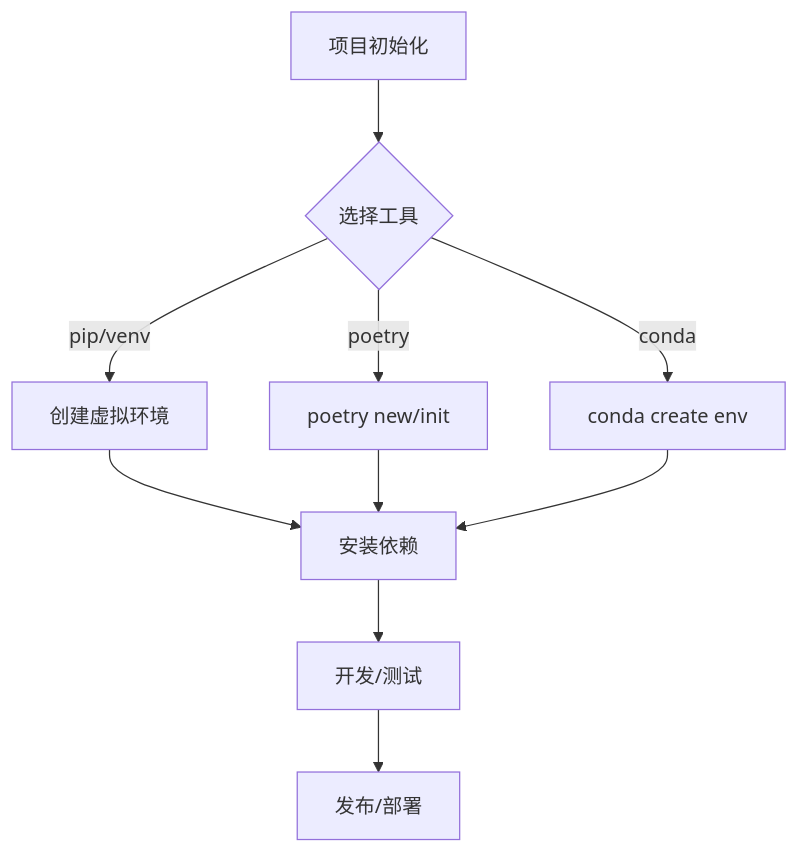
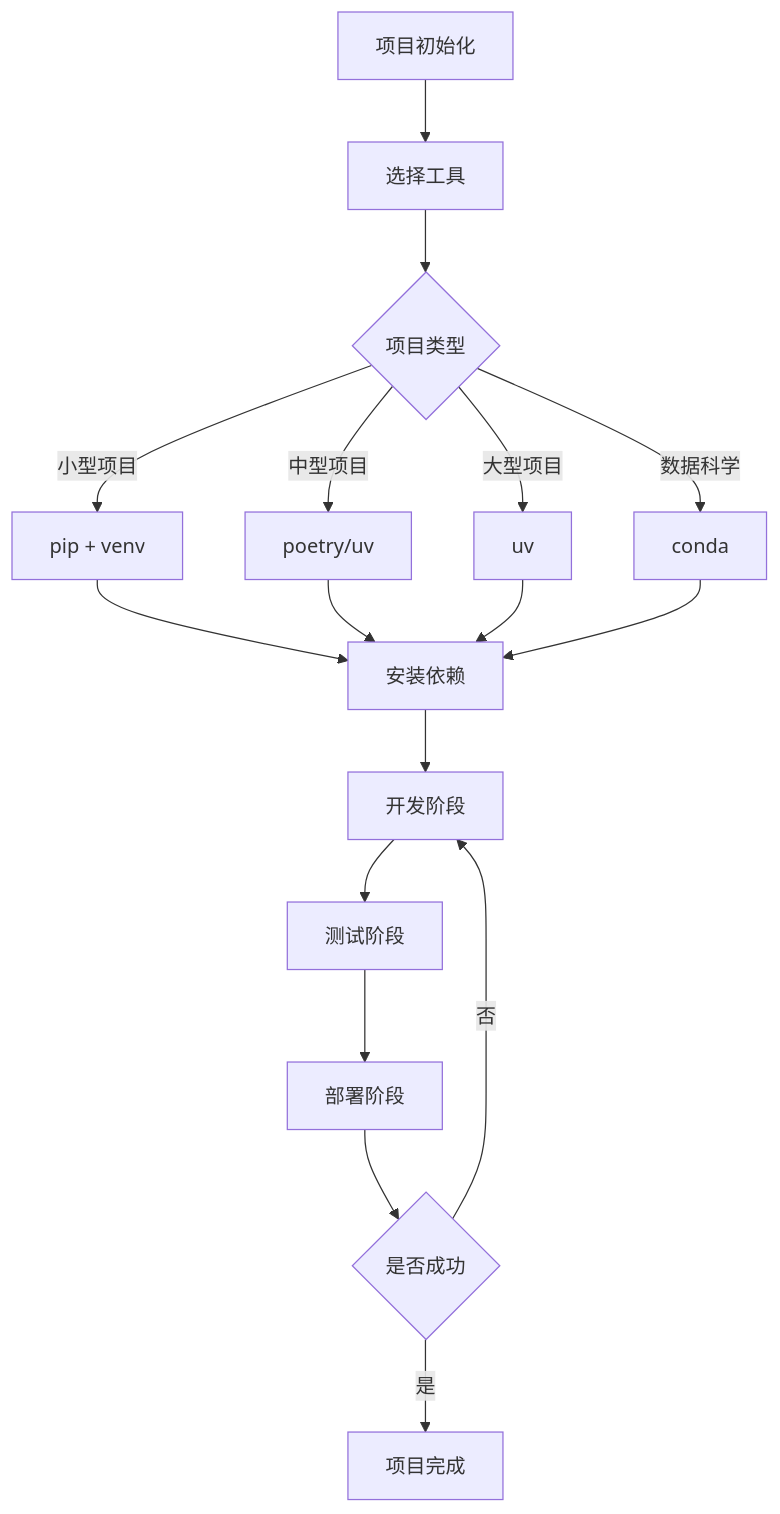
The first of 2 diagrams in docs/model/Programming_Language/python_project_management.md (AdaMartin18010/python), drawn with Mermaid before and after one commit. The commit also changed other lines of this file and 17 other files, not shown here.

````diff
--- a/docs/model/Programming_Language/python_project_management.md
+++ b/docs/model/Programming_Language/python_project_management.md
@@ -217,12 +485,22 @@
 ```mermaid
-flowchart TD
-    A[项目初始化] --> B{选择工具}
-    B -->|pip/venv| C1[创建虚拟环境]
-    B -->|poetry| C2[poetry new/init]
-    B -->|conda| C3[conda create env]
-    C1 --> D[安装依赖]
-    C2 --> D
-    C3 --> D
-    D --> E[开发/测试]
-    E --> F[发布/部署]
+graph TD
+    A[项目初始化] --> B[选择工具]
+    B --> C{项目类型}
+    C -->|小型项目| D[pip + venv]
+    C -->|中型项目| E[poetry/uv]
+    C -->|大型项目| F[uv]
+    C -->|数据科学| G[conda]
+    
+    D --> H[安装依赖]
+    E --> H
+    F --> H
+    G --> H
+    
+    H --> I[开发阶段]
+    I --> J[测试阶段]
+    J --> K[部署阶段]
+    
+    K --> L{是否成功}
+    L -->|是| M[项目完成]
+    L -->|否| I
 ```
````
